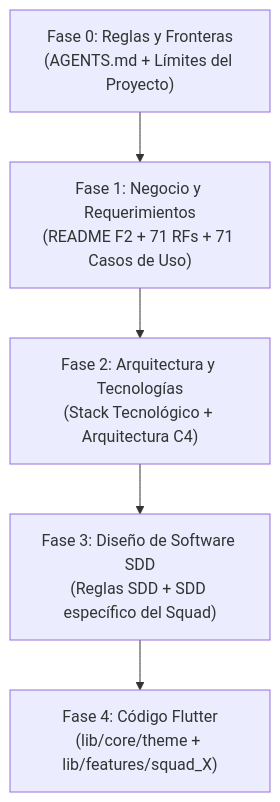
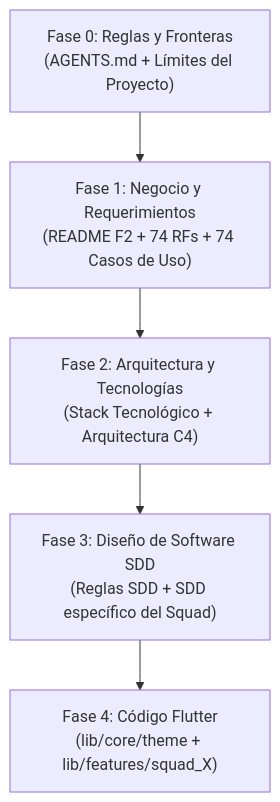
Before and after one commit to Eduardo-Sebastian-Paipay-Vega/school-management-system: the diagram in .agents/rules/orden_lectura_obligatorio.md, drawn with Mermaid. The commit also changed other lines of this file and 23 other files, not shown here.

````diff
--- a/.agents/rules/orden_lectura_obligatorio.md
+++ b/.agents/rules/orden_lectura_obligatorio.md
@@ -15,7 +15,7 @@
 ```mermaid
 graph TD
-    F0["Fase 0: Reglas y Fronteras<br>(AGENTS.md + Límites del Proyecto)"] --> F1["Fase 1: Negocio y Requerimientos<br>(README F2 + 71 RFs + 71 Casos de Uso)"]
+    F0["Fase 0: Reglas y Fronteras<br>(AGENTS.md + Límites del Proyecto)"] --> F1["Fase 1: Negocio y Requerimientos<br>(README F2 + 74 RFs + 74 Casos de Uso)"]
     F1 --> F2["Fase 2: Arquitectura y Tecnologías<br>(Stack Tecnológico + Arquitectura C4)"]
     F2 --> F3["Fase 3: Diseño de Software SDD<br>(Reglas SDD + SDD específico del Squad)"]
     F3 --> F4["Fase 4: Código Flutter<br>(lib/core/theme + lib/features/squad_X)"]
 ```
````
